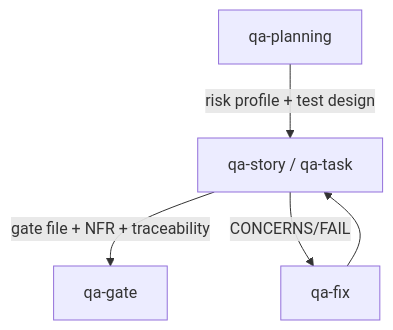
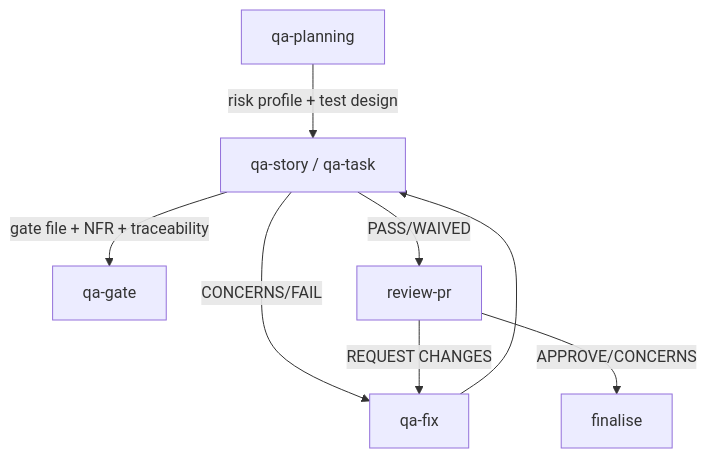
One commit to Gamaroff/agent-skills changed the diagram in docs/runbooks/qa-flow.md. Above: the diagram before and after it, drawn with Mermaid. The commit also changed other lines of this file and 80 other files, not shown here.

````diff
--- a/docs/runbooks/qa-flow.md
+++ b/docs/runbooks/qa-flow.md
@@ -17,7 +17,10 @@
 ```mermaid
 flowchart TD
     A[qa-planning] -->|risk profile + test design| B[qa-story / qa-task]
     B -->|gate file + NFR + traceability| C[qa-gate]
     B -->|CONCERNS/FAIL| D[qa-fix]
     D --> B
+    B -->|PASS/WAIVED| E[review-pr]
+    E -->|REQUEST CHANGES| D
+    E -->|APPROVE/CONCERNS| F[finalise]
 ```
````
